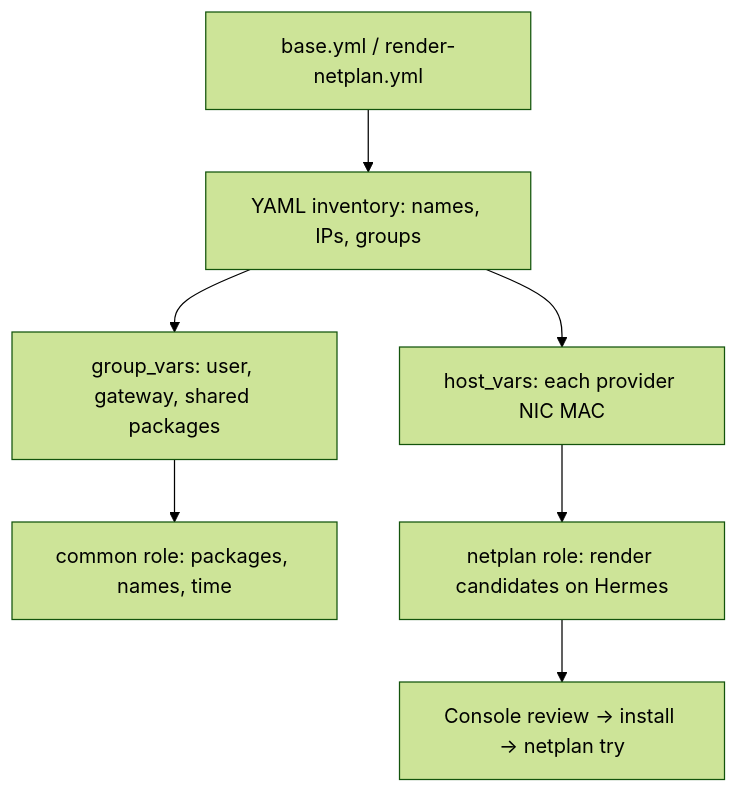
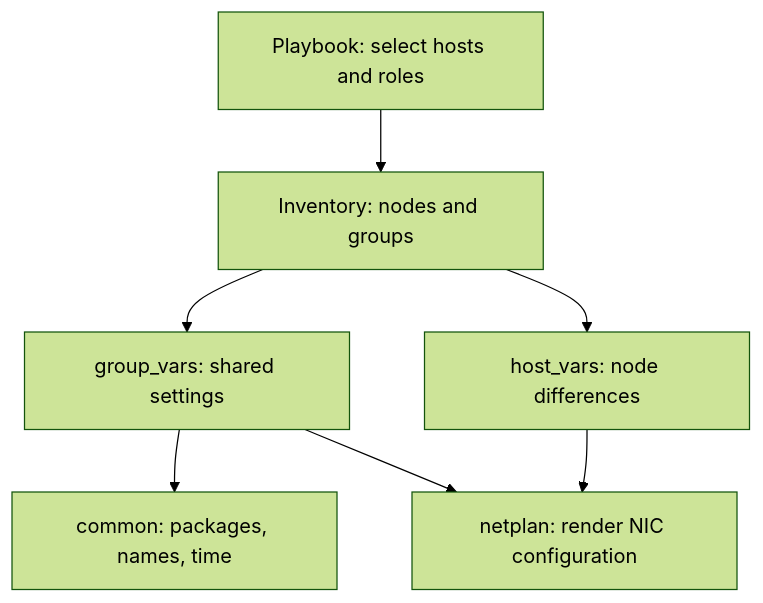
The diagram in docs/02-ansible-roles.md (DinosaurKeys/openstack-iac-lab), drawn with Mermaid (forest theme) before and after one commit. The commit also changed other lines of this file and 5 other files, not shown here.

````diff
--- a/docs/02-ansible-roles.md
+++ b/docs/02-ansible-roles.md
@@ -385,9 +9,9 @@
 ```mermaid
 flowchart TD
-    P["base.yml / render-netplan.yml"] --> I["YAML inventory: names, IPs, groups"]
-    I --> G["group_vars: user, gateway, shared packages"]
-    I --> H["host_vars: each provider NIC MAC"]
-    G --> C["common role: packages, names, time"]
-    H --> N["netplan role: render candidates on Hermes"]
-    N --> R["Console review → install → netplan try"]
+    P["Playbook: select hosts and roles"] --> I["Inventory: nodes and groups"]
+    I --> G["group_vars: shared settings"]
+    I --> H["host_vars: node differences"]
+    G --> C["common: packages, names, time"]
+    H --> N["netplan: render NIC configuration"]
+    G --> N
 ```
````
